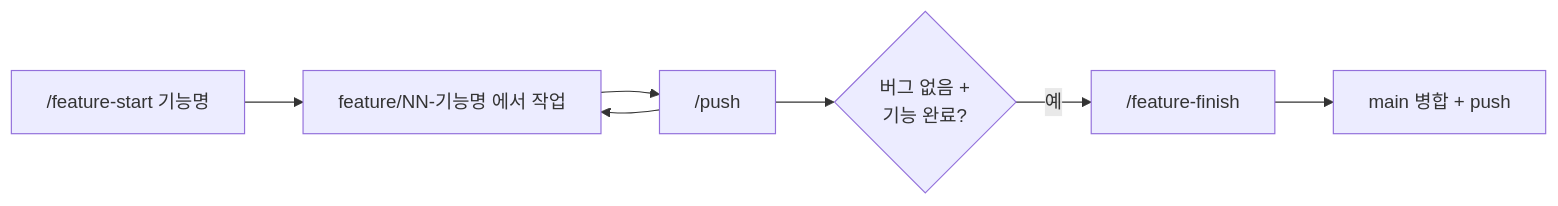
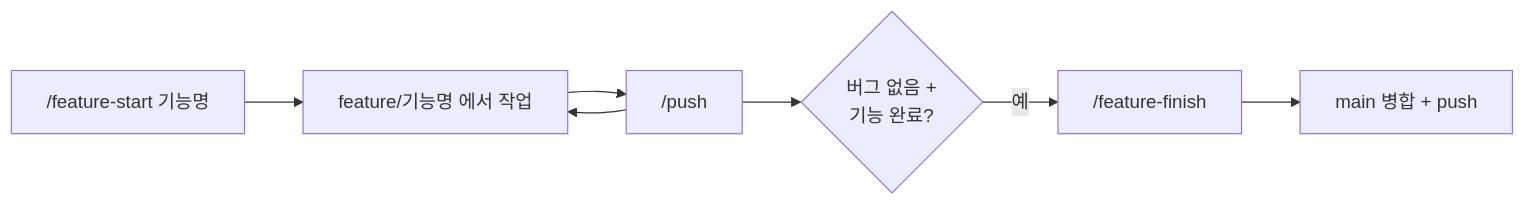
The diagram in Docs/GitWorkflow.md (dbzltldpf/project-fantasy), drawn with Mermaid before and after one commit. The commit also changed other lines of this file and 5 other files, not shown here.

````diff
--- a/Docs/GitWorkflow.md
+++ b/Docs/GitWorkflow.md
@@ -6,9 +6,9 @@
 ```mermaid
 flowchart LR
-    A["/feature-start 기능명"] --> B["feature/NN-기능명 에서 작업"]
+    A["/feature-start 기능명"] --> B["feature/기능명 에서 작업"]
     B --> C["/push"]
     C --> B
     C --> D{"버그 없음 +<br/>기능 완료?"}
     D -->|"예"| E["/feature-finish"]
     E --> F["main 병합 + push"]
 ```
````
